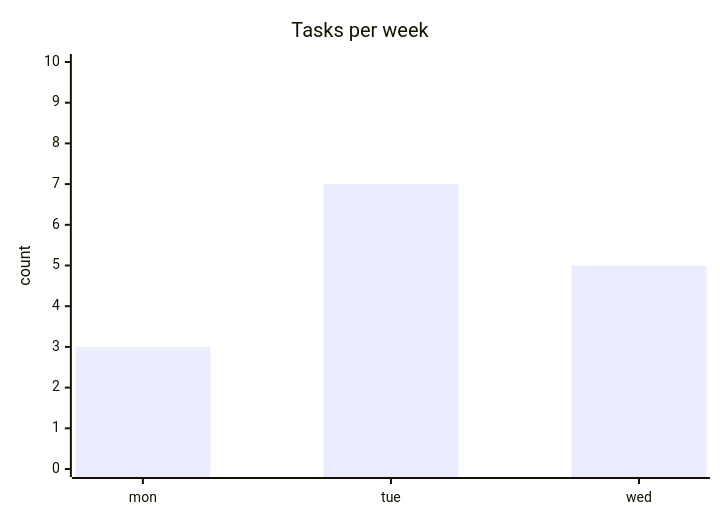
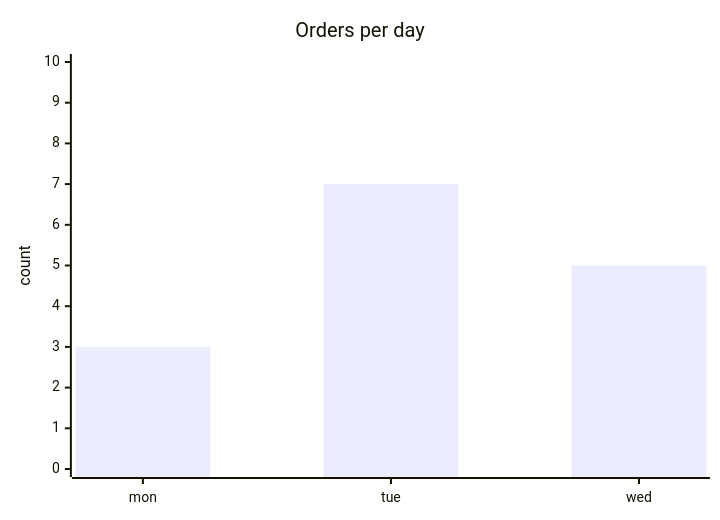
Before and after one commit to Lukdrasil/claude-factory: the tenth of 10 diagrams in skills/block-research/references/diagrams.md, drawn with Mermaid. The commit also changed other lines of this file and 48 other files, not shown here.

````diff
--- a/skills/block-research/references/diagrams.md
+++ b/skills/block-research/references/diagrams.md
@@ -118,7 +118,7 @@
 ```mermaid
 xychart-beta
-    title "Tasks per week"
+    title "Orders per day"
     x-axis [mon, tue, wed]
     y-axis "count" 0 --> 10
     bar [3, 7, 5]
 ```
````
